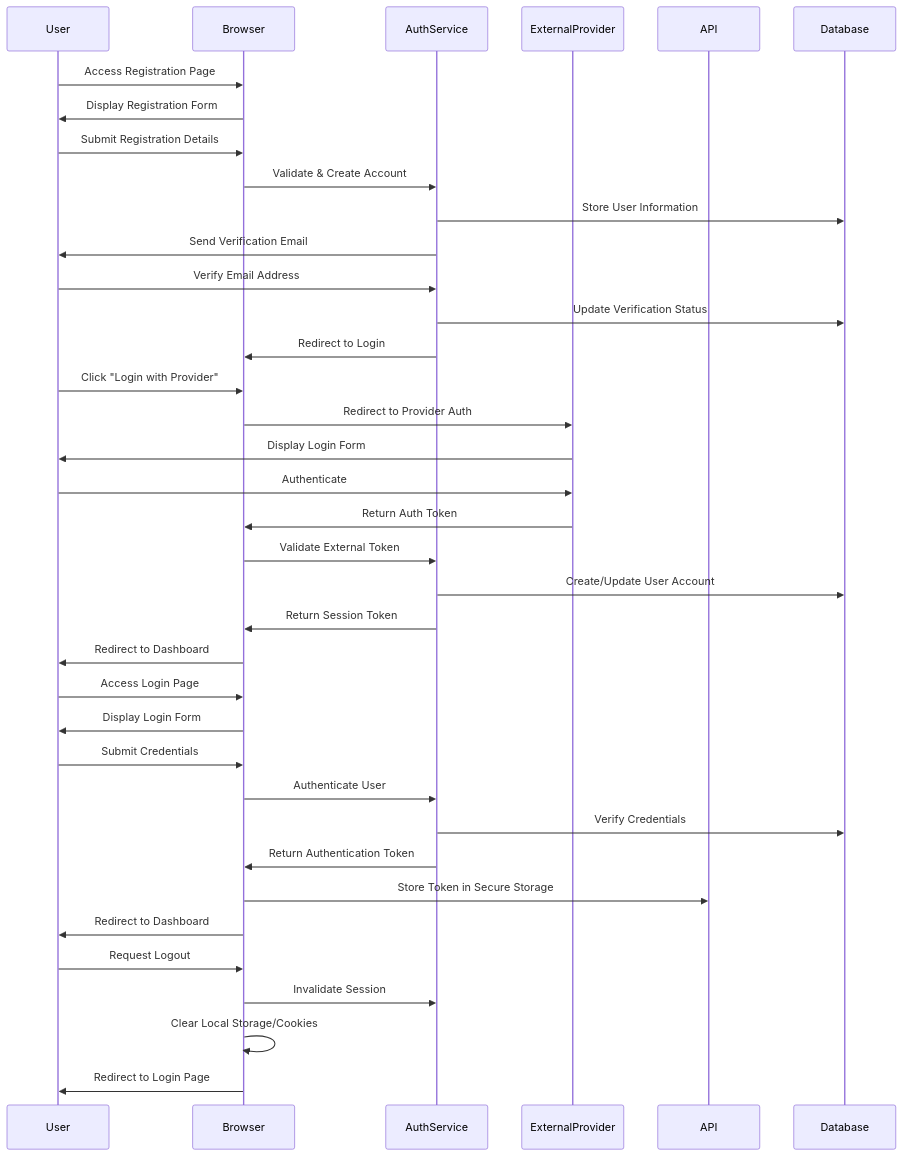
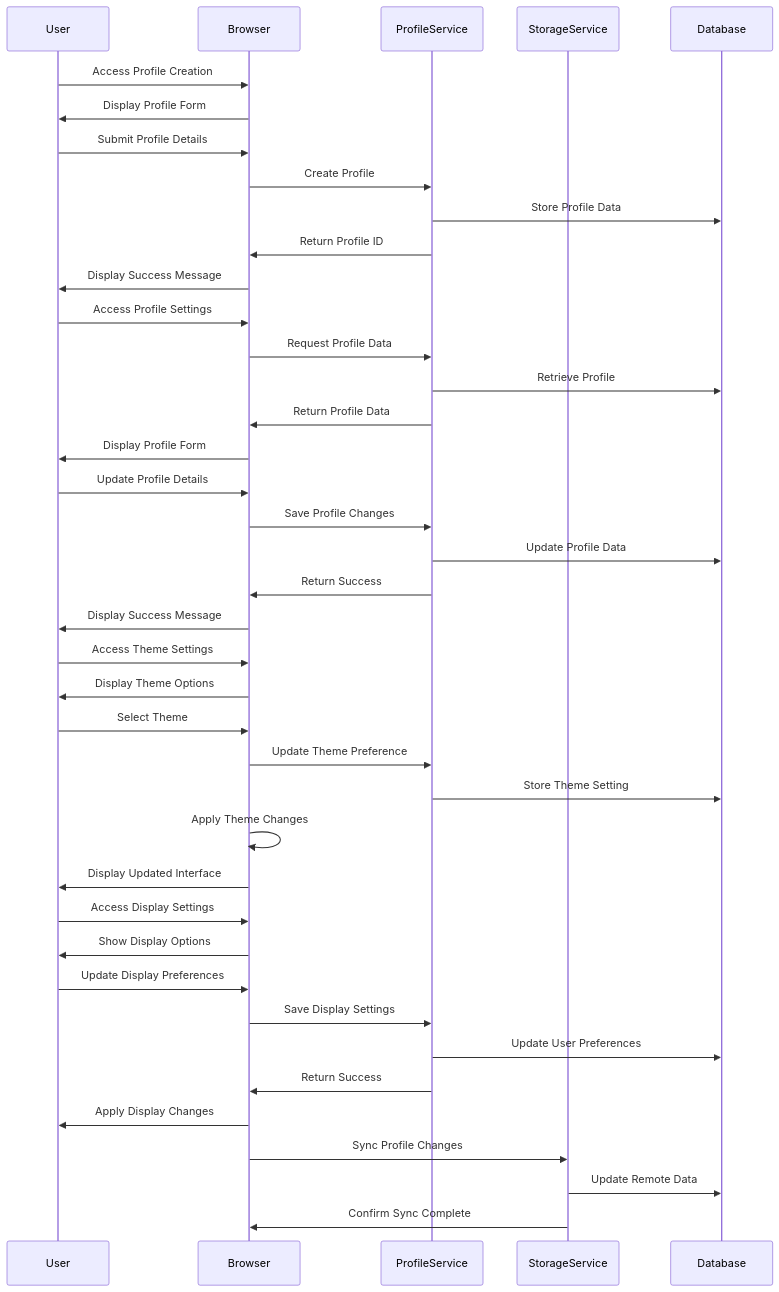
One commit to m3au/meows changed the diagram in flows/profile-management.md. Above: the diagram before and after it, drawn with Mermaid. The commit also changed other lines of this file and 4 other files, not shown here.

First line of the commit message:
Add authentication flow documentation for meows.space

````diff
--- a/flows/profile-management.md
+++ b/flows/profile-management.md
@@ -17,47 +17,52 @@
 ```mermaid
 sequenceDiagram
     participant User
     participant Browser
-    participant AuthService
-    participant ExternalProvider
-    participant API
+    participant ProfileService
+    participant StorageService
     participant Database
 
-    %% Registration Flow
-    User->>Browser: Access Registration Page
-    Browser->>User: Display Registration Form
-    User->>Browser: Submit Registration Details
-    Browser->>AuthService: Validate & Create Account
-    AuthService->>Database: Store User Information
-    AuthService->>User: Send Verification Email
-    User->>AuthService: Verify Email Address
-    AuthService->>Database: Update Verification Status
-    AuthService->>Browser: Redirect to Login
+    %% Profile Creation
+    User->>Browser: Access Profile Creation
+    Browser->>User: Display Profile Form
+    User->>Browser: Submit Profile Details
+    Browser->>ProfileService: Create Profile
+    ProfileService->>Database: Store Profile Data
+    ProfileService->>Browser: Return Profile ID
+    Browser->>User: Display Success Message
 
-    %% External Provider Authentication
-    User->>Browser: Click "Login with Provider"
-    Browser->>ExternalProvider: Redirect to Provider Auth
-    ExternalProvider->>User: Display Login Form
-    User->>ExternalProvider: Authenticate
-    ExternalProvider->>Browser: Return Auth Token
-    Browser->>AuthService: Validate External Token
-    AuthService->>Database: Create/Update User Account
-    AuthService->>Browser: Return Session Token
-    Browser->>User: Redirect to Dashboard
+    %% Profile Customization
+    User->>Browser: Access Profile Settings
+    Browser->>ProfileService: Request Profile Data
+    ProfileService->>Database: Retrieve Profile
+    ProfileService->>Browser: Return Profile Data
+    Browser->>User: Display Profile Form
+    User->>Browser: Update Profile Details
+    Browser->>ProfileService: Save Profile Changes
+    ProfileService->>Database: Update Profile Data
+    ProfileService->>Browser: Return Success
+    Browser->>User: Display Success Message
 
-    %% Login Flow
-    User->>Browser: Access Login Page
-    Browser->>User: Display Login Form
-    User->>Browser: Submit Credentials
-    Browser->>AuthService: Authenticate User
-    AuthService->>Database: Verify Credentials
-    AuthService->>Browser: Return Authentication Token
-    Browser->>API: Store Token in Secure Storage
-    Browser->>User: Redirect to Dashboard
+    %% Theme Customization
+    User->>Browser: Access Theme Settings
+    Browser->>User: Display Theme Options
+    User->>Browser: Select Theme
+    Browser->>ProfileService: Update Theme Preference
+    ProfileService->>Database: Store Theme Setting
+    Browser->>Browser: Apply Theme Changes
+    Browser->>User: Display Updated Interface
 
-    %% Logout Flow
-    User->>Browser: Request Logout
-    Browser->>AuthService: Invalidate Session
-    Browser->>Browser: Clear Local Storage/Cookies
-    Browser->>User: Redirect to Login Page
+    %% Command Display Preferences
+    User->>Browser: Access Display Settings
+    Browser->>User: Show Display Options
+    User->>Browser: Update Display Preferences
+    Browser->>ProfileService: Save Display Settings
+    ProfileService->>Database: Update User Preferences
+    ProfileService->>Browser: Return Success
+    Browser->>User: Apply Display Changes
+
+    %% Profile Synchronization
+    Browser->>StorageService: Sync Profile Changes
+    StorageService->>Database: Update Remote Data
+    StorageService->>Browser: Confirm Sync Complete
 ```
````
